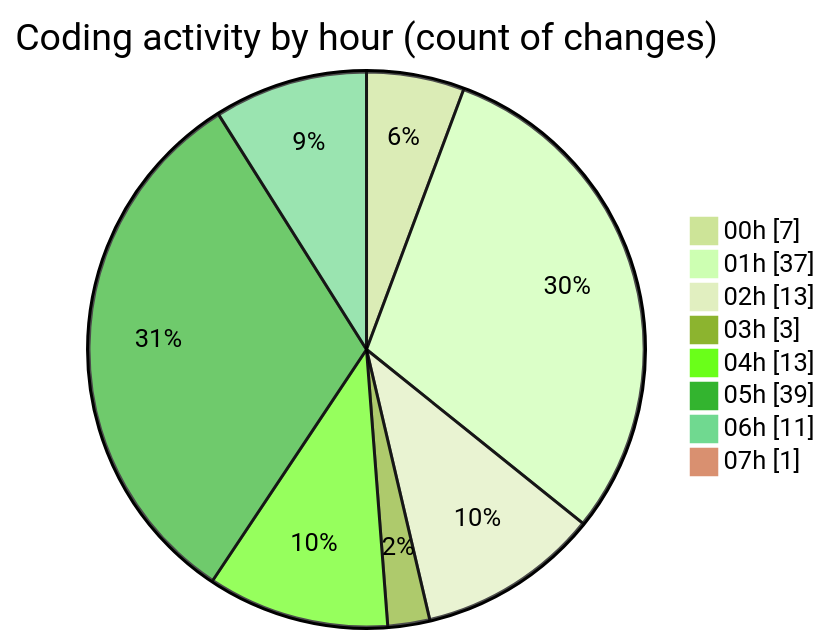
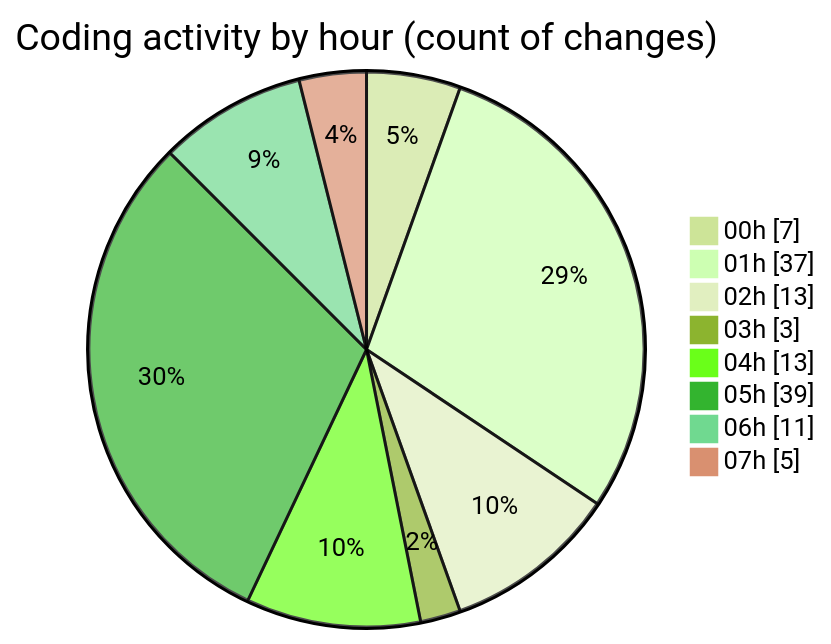
The second of 2 diagrams in 2025-02-23/micros/README.md (charlie-sans/code-tracking), drawn with Mermaid (forest theme) before and after one commit. The commit also changed other lines of this file and 1 other file, not shown here.

````diff
--- a/2025-02-23/micros/README.md
+++ b/2025-02-23/micros/README.md
@@ -62,12 +62,12 @@
 ```mermaid
 pie showData
 title Coding activity by hour (count of changes)
 "00h" : 7
 "01h" : 37
 "02h" : 13
 "03h" : 3
 "04h" : 13
 "05h" : 39
 "06h" : 11
-"07h" : 1
+"07h" : 5
 ```
````
